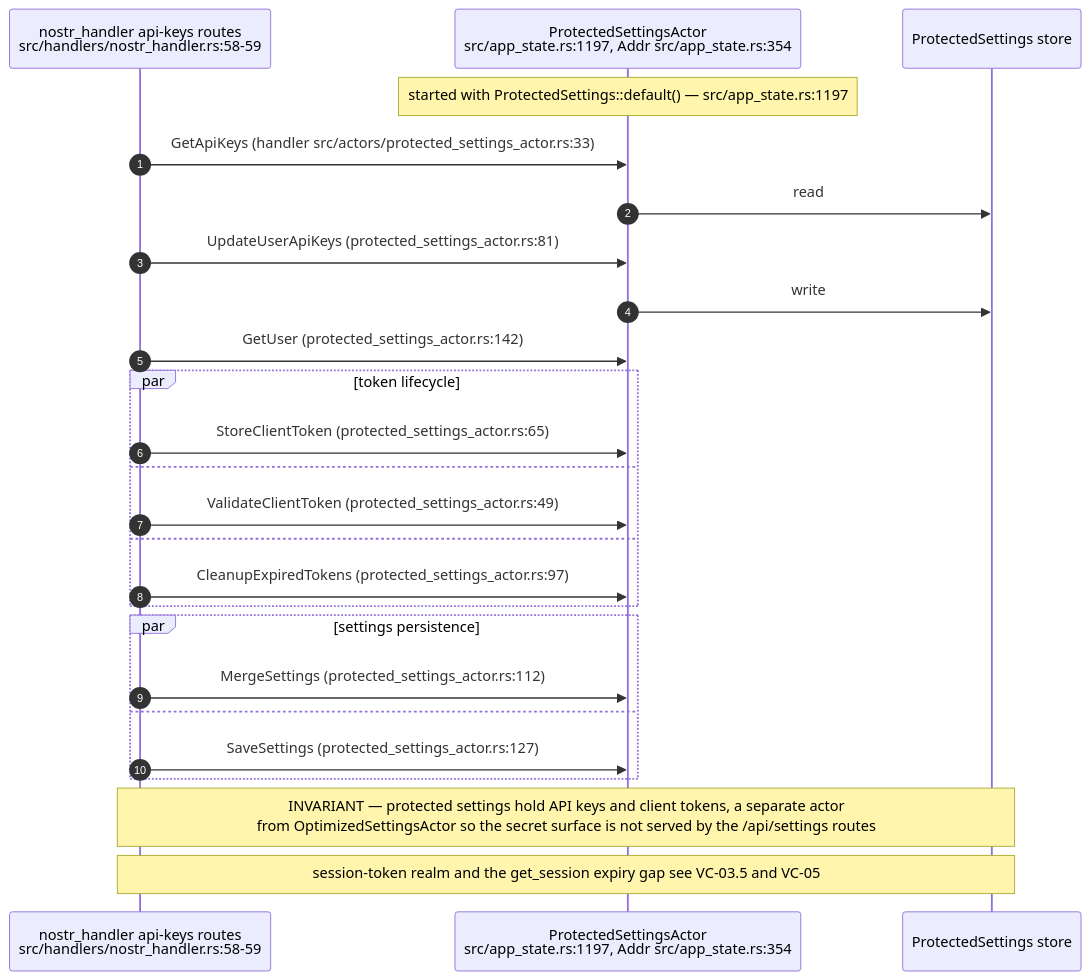
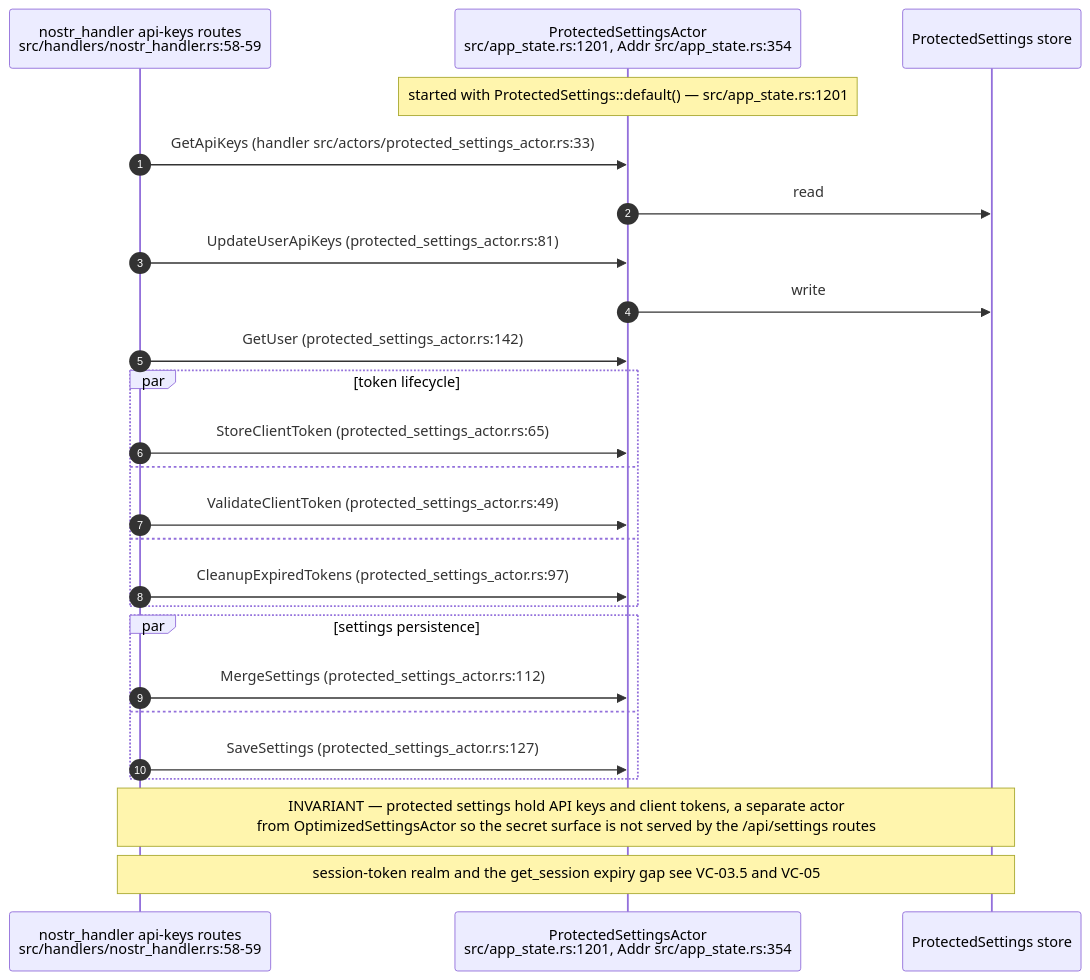
Before and after one commit to DreamLab-AI/VisionFlow: the fifth of 8 diagrams in docs/diagrams/visionclaw/06-settings-round-trip.md, drawn with Mermaid. The commit also changed other lines of this file and 136 other files, not shown here.

First line of the commit message:
docs(diagrams): refresh the whole corpus to code HEAD and prune low-value diagrams

````diff
--- a/docs/diagrams/visionclaw/06-settings-round-trip.md
+++ b/docs/diagrams/visionclaw/06-settings-round-trip.md
@@ -218,28 +166,28 @@
 ```mermaid
 sequenceDiagram
     autonumber
     participant H as nostr_handler api-keys routes<br/>src/handlers/nostr_handler.rs:58-59
-    participant PS as ProtectedSettingsActor<br/>src/app_state.rs:1197, Addr src/app_state.rs:354
+    participant PS as ProtectedSettingsActor<br/>src/app_state.rs:1201, Addr src/app_state.rs:354
     participant ST as ProtectedSettings store
 
-    Note over PS: started with ProtectedSettings::default() — src/app_state.rs:1197
+    Note over PS: started with ProtectedSettings::default() — src/app_state.rs:1201
     H->>PS: GetApiKeys (handler src/actors/protected_settings_actor.rs:33)
     PS->>ST: read
     H->>PS: UpdateUserApiKeys (protected_settings_actor.rs:81)
     PS->>ST: write
     H->>PS: GetUser (protected_settings_actor.rs:142)
     par token lifecycle
         H->>PS: StoreClientToken (protected_settings_actor.rs:65)
     and
         H->>PS: ValidateClientToken (protected_settings_actor.rs:49)
     and
         H->>PS: CleanupExpiredTokens (protected_settings_actor.rs:97)
     end
     par settings persistence
         H->>PS: MergeSettings (protected_settings_actor.rs:112)
     and
         H->>PS: SaveSettings (protected_settings_actor.rs:127)
     end
     Note over H,ST: INVARIANT — protected settings hold API keys and client tokens, a separate actor<br/>from OptimizedSettingsActor so the secret surface is not served by the /api/settings routes
     Note over H,ST: session-token realm and the get_session expiry gap see VC-03.5 and VC-05
 ```
````
